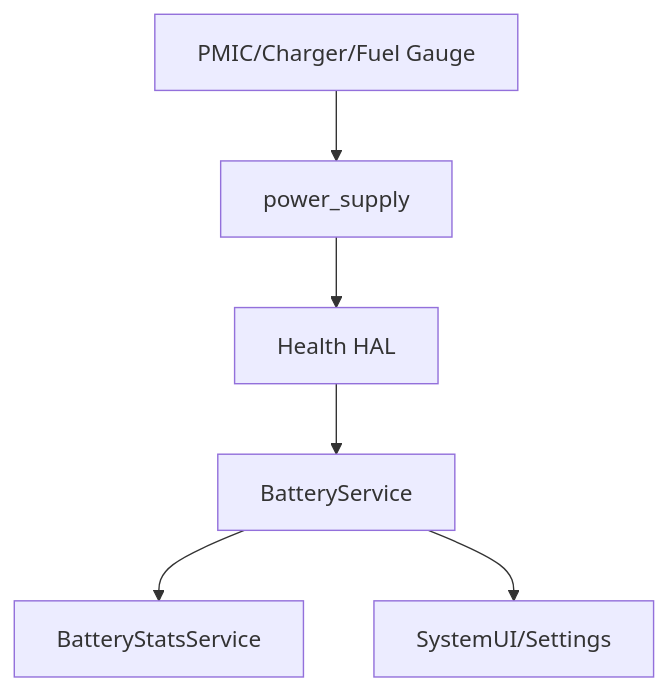
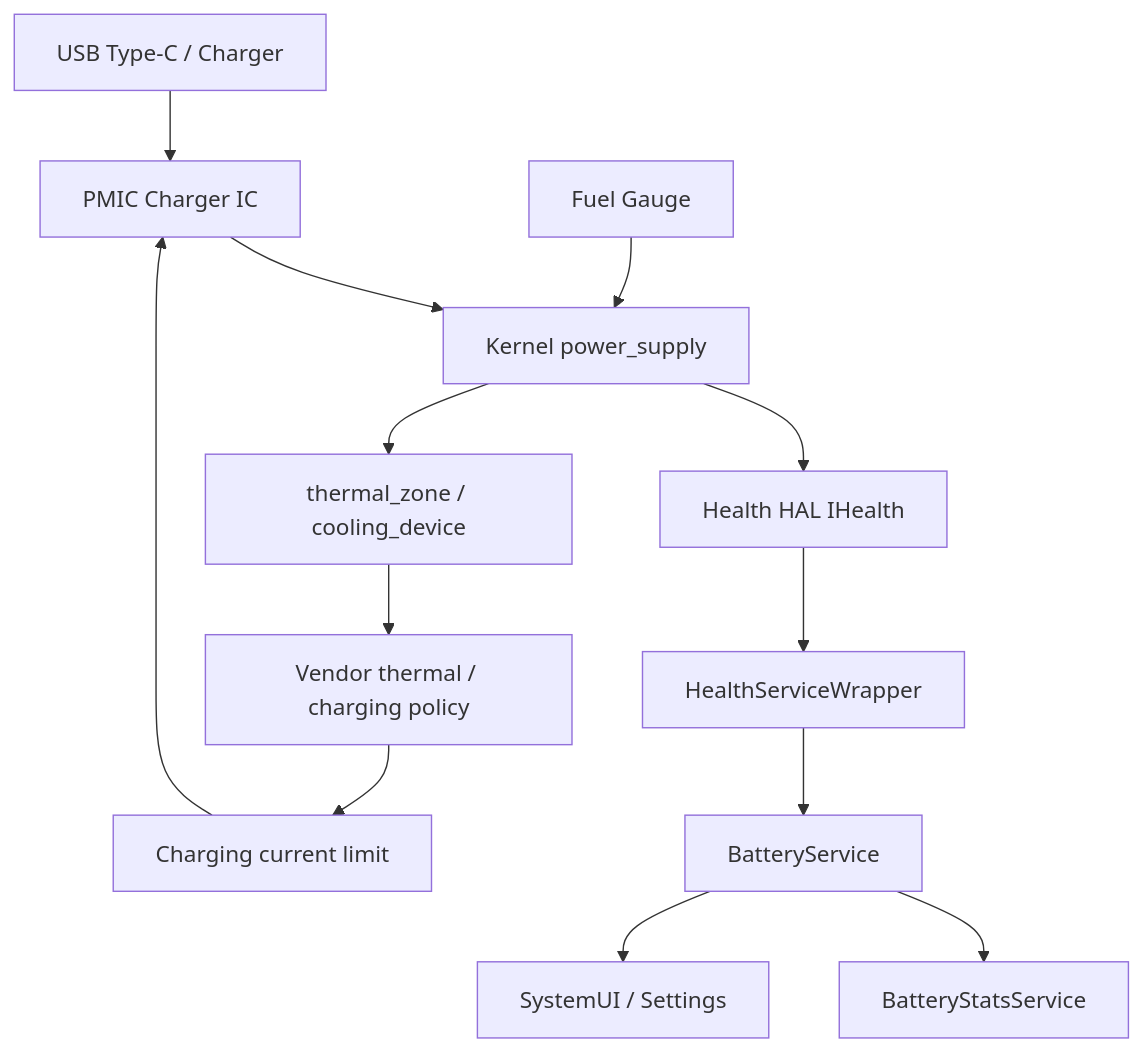
Before and after one commit to liulangrenaaa/liulangrenaaa.github.io: the first of 6 diagrams in source/_posts/android/power/09_充电_Health_HAL与充电发热分析.md, drawn with Mermaid. The commit also changed other lines of this file and 13 other files, not shown here.

````diff
--- a/source/_posts/android/power/09_充电_Health_HAL与充电发热分析.md
+++ b/source/_posts/android/power/09_充电_Health_HAL与充电发热分析.md
@@ -17,15 +26,28 @@
 ```mermaid
 flowchart TD
-    PMIC[PMIC/Charger/Fuel Gauge]
-    Kernel[power_supply]
-    Health[Health HAL]
-    BatteryService[BatteryService]
-    Stats[BatteryStatsService]
-    UI[SystemUI/Settings]
+    Charger[USB Type-C / Charger]
+    PMIC[PMIC Charger IC]
+    FG[Fuel Gauge]
+    Kernel[Kernel power_supply]
+    HealthHAL[Health HAL IHealth]
+    Wrapper[HealthServiceWrapper]
+    BS[BatteryService]
+    BStats[BatteryStatsService]
+    UI[SystemUI / Settings]
+    Thermal[thermal_zone / cooling_device]
+    Vendor[Vendor thermal / charging policy]
+    Limit[Charging current limit]
 
+    Charger --> PMIC
     PMIC --> Kernel
-    Kernel --> Health
-    Health --> BatteryService
-    BatteryService --> Stats
-    BatteryService --> UI
+    FG --> Kernel
+    Kernel --> HealthHAL
+    HealthHAL --> Wrapper
+    Wrapper --> BS
+    BS --> BStats
+    BS --> UI
+    Kernel --> Thermal
+    Thermal --> Vendor
+    Vendor --> Limit
+    Limit --> PMIC
 ```
````
